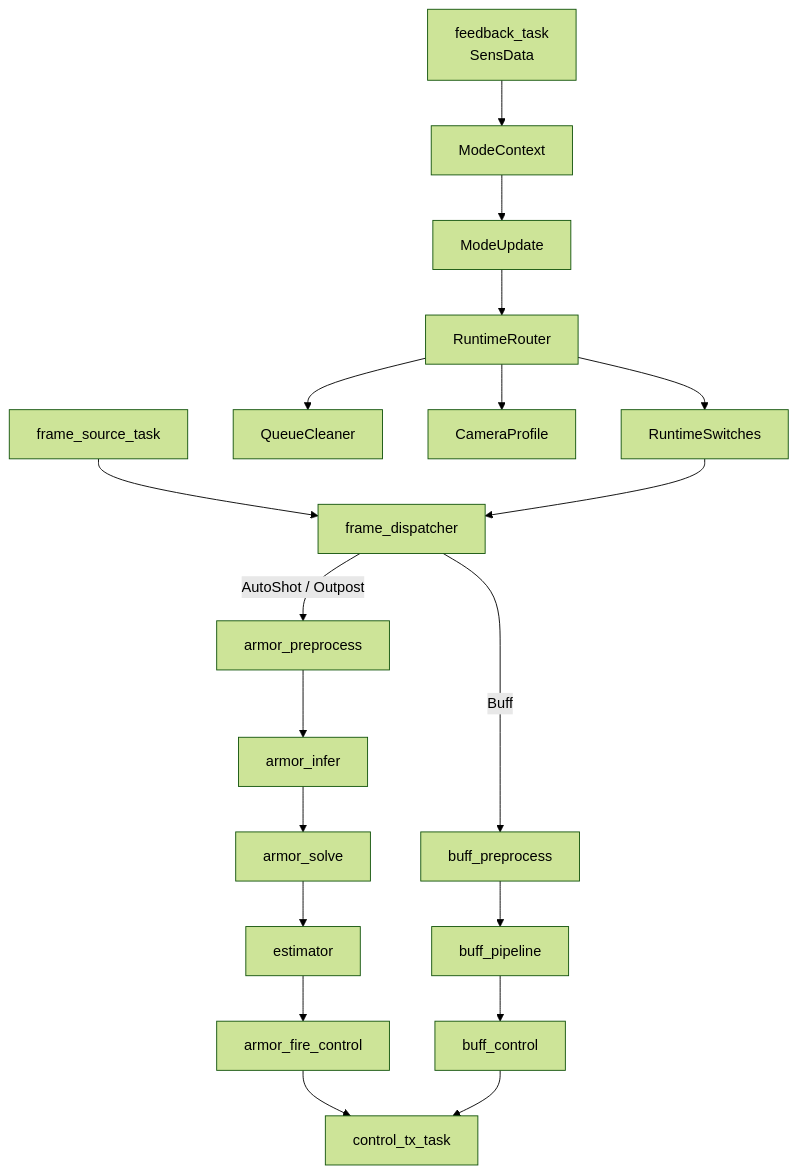
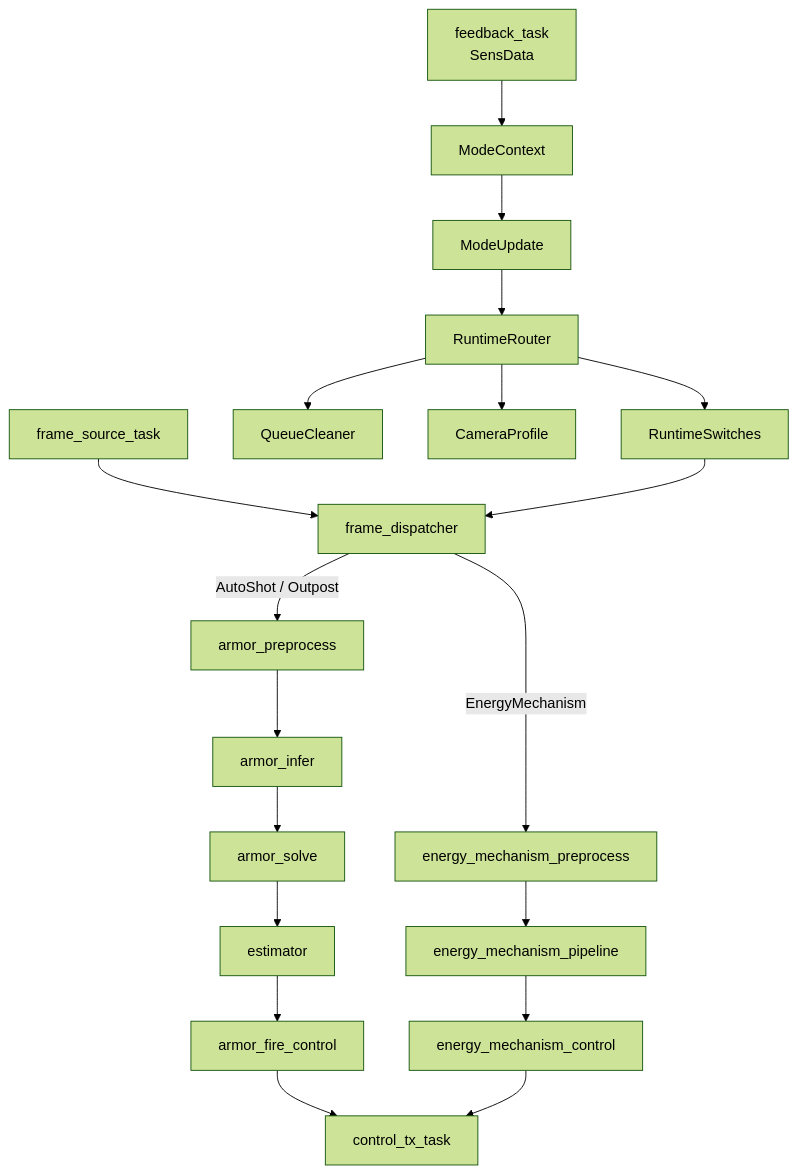
One commit to XiaoPengYouCode/auto_aim_rust changed the first of 2 diagrams in docs/plan/runtime-router-rfc.md. Above: the diagram before and after it, drawn with Mermaid (forest theme). The commit also changed other lines of this file and 15 other files, not shown here.

Commit message:
feat: add energy mechanism pipeline

````diff
--- a/docs/plan/runtime-router-rfc.md
+++ b/docs/plan/runtime-router-rfc.md
@@ -172,26 +172,26 @@
 ```mermaid
 flowchart TD
     FB["feedback_task\nSensData"] --> MC["ModeContext"]
     MC --> MU["ModeUpdate"]
     MU --> RR["RuntimeRouter"]
 
     RR --> RS["RuntimeSwitches"]
     RR --> QC["QueueCleaner"]
     RR --> CP["CameraProfile"]
 
     FS["frame_source_task"] --> FD["frame_dispatcher"]
     RS --> FD
 
     FD -->|AutoShot / Outpost| AP["armor_preprocess"]
     AP --> AI["armor_infer"]
     AI --> AS["armor_solve"]
     AS --> EST["estimator"]
     EST --> AFC["armor_fire_control"]
 
-    FD -->|Buff| BP["buff_preprocess"]
-    BP --> BPL["buff_pipeline"]
-    BPL --> BFC["buff_control"]
+    FD -->|EnergyMechanism| EP["energy_mechanism_preprocess"]
+    EP --> EPL["energy_mechanism_pipeline"]
+    EPL --> EFC["energy_mechanism_control"]
 
     AFC --> TX["control_tx_task"]
-    BFC --> TX
+    EFC --> TX
 ```
````
